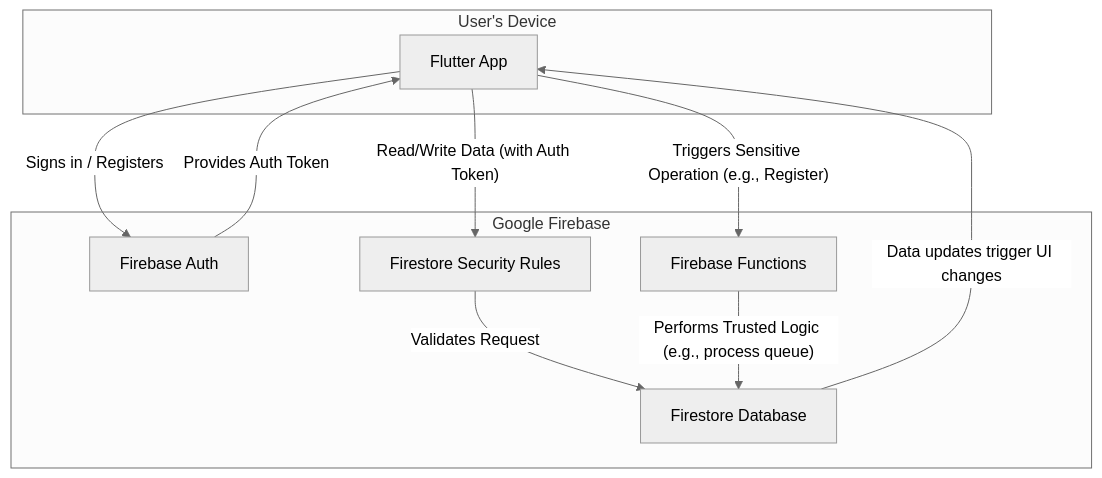
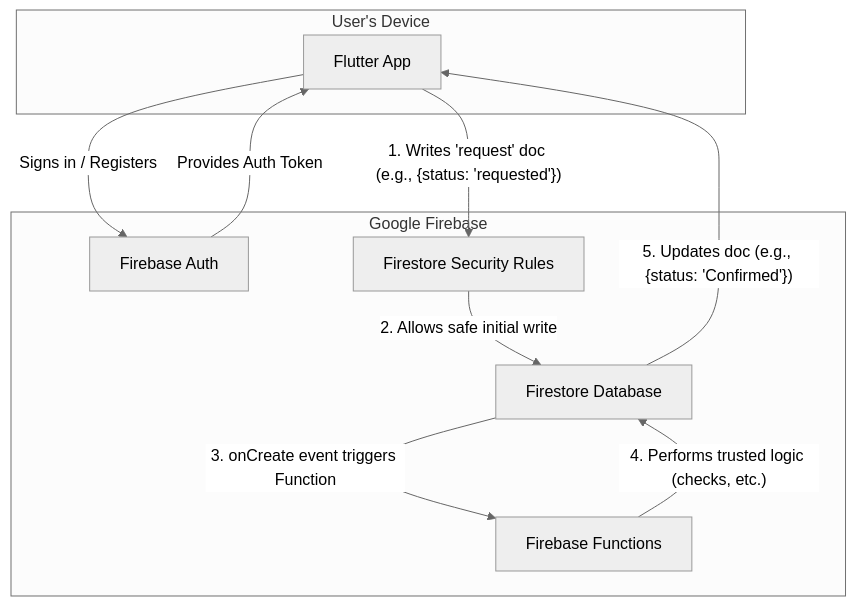
Before and after one commit to amitrke/getspot: the diagram in ARCHITECTURE.md, drawn with Mermaid (neutral theme). The commit also changed other lines of this file and 2 other files, not shown here.

Commit message:
Update architecture and data model documentation to clarify "write-to-trigger" pattern and add new status options for event registrations

````diff
--- a/ARCHITECTURE.md
+++ b/ARCHITECTURE.md
@@ -5,24 +5,23 @@
 ```mermaid
 graph TD
     subgraph "User's Device"
         A[Flutter App]
     end
 
     subgraph "Google Firebase"
         B[Firebase Auth]
         C[Firestore Database]
         D[Firestore Security Rules]
         E[Firebase Functions]
     end
 
     A -- "Signs in / Registers" --> B
     B -- "Provides Auth Token" --> A
 
-    A -- "Read/Write Data (with Auth Token)" --> D
-    D -- "Validates Request" --> C
-
-    A -- "Triggers Sensitive Operation (e.g., Register)" --> E
-
-    E -- "Performs Trusted Logic (e.g., process queue)" --> C
-    C -- "Data updates trigger UI changes" --> A
+    A -- "1. Writes 'request' doc (e.g., {status: 'requested'})" --> D
+    D -- "2. Allows safe initial write" --> C
+    
+    C -- "3. onCreate event triggers Function" --> E
+    E -- "4. Performs trusted logic (checks, etc.)" --> C
+    C -- "5. Updates doc (e.g., {status: 'Confirmed'})" --> A
 ```
````
